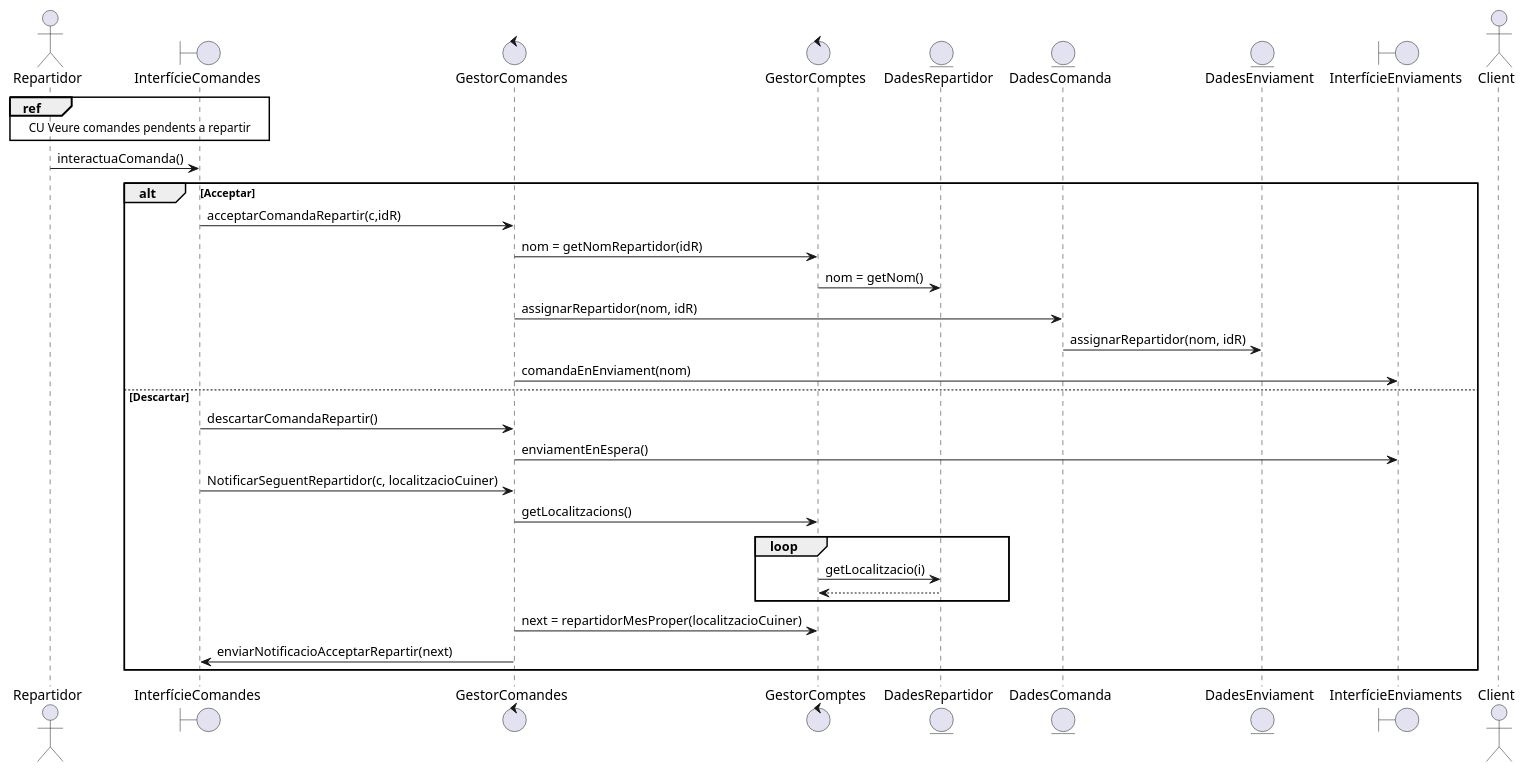
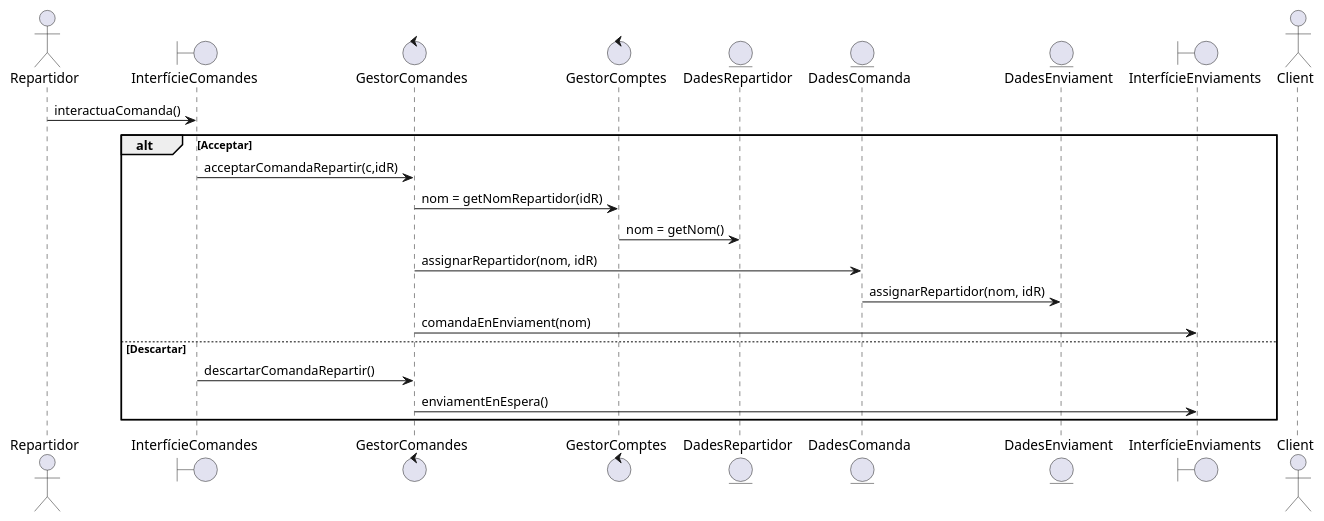
Before and after one commit to martipages/ES23UAB431-02: the diagram in documents/Diagrames i Especificacions/Seqüencia/Marc Sala/7. Acceptar comandes a repartir.puml, drawn with PlantUML. The commit also changed 4 other files, not shown here.

```diff
--- a/documents/Diagrames i Especificacions/Seqüencia/Marc Sala/7. Acceptar comandes a repartir.puml
+++ b/documents/Diagrames i Especificacions/Seqüencia/Marc Sala/7. Acceptar comandes a repartir.puml
@@ -1,47 +1,32 @@
 @startuml
 
 actor Repartidor
 boundary InterfícieComandes
 control GestorComandes
 control GestorComptes
 entity DadesRepartidor
 entity DadesComanda
 entity DadesEnviament
 boundary InterfícieEnviaments
 actor Client
 
-
-ref over Repartidor, InterfícieComandes: CU Veure comandes pendents a repartir
 
 Repartidor -> InterfícieComandes: interactuaComanda()
 
 alt Acceptar
 InterfícieComandes -> GestorComandes: acceptarComandaRepartir(c,idR)
 GestorComandes -> GestorComptes: nom = getNomRepartidor(idR)
 GestorComptes -> DadesRepartidor: nom = getNom()
 GestorComandes -> DadesComanda: assignarRepartidor(nom, idR)
 DadesComanda -> DadesEnviament: assignarRepartidor(nom, idR)
 GestorComandes -> InterfícieEnviaments: comandaEnEnviament(nom)
 
 else Descartar
 InterfícieComandes -> GestorComandes: descartarComandaRepartir()
 GestorComandes -> InterfícieEnviaments: enviamentEnEspera()
 
-InterfícieComandes -> GestorComandes: NotificarSeguentRepartidor(c, localitzacioCuiner)
-
-GestorComandes -> GestorComptes: getLocalitzacions()
-
-
-loop
-GestorComptes -> DadesRepartidor: getLocalitzacio(i)
-DadesRepartidor --> GestorComptes
-end
-
-GestorComandes -> GestorComptes: next = repartidorMesProper(localitzacioCuiner)
-
-GestorComandes -> InterfícieComandes: enviarNotificacioAcceptarRepartir(next)
 
 end
 
 
 @enduml
```
